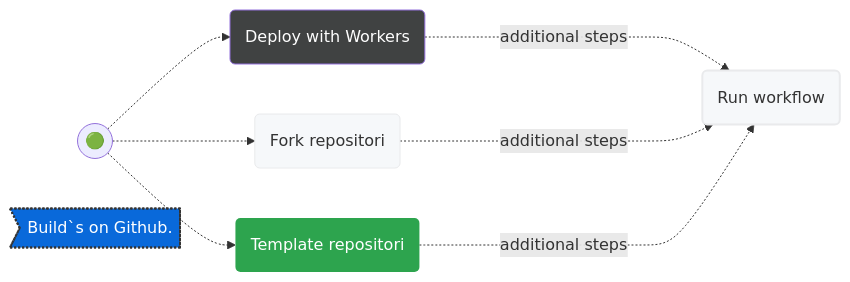
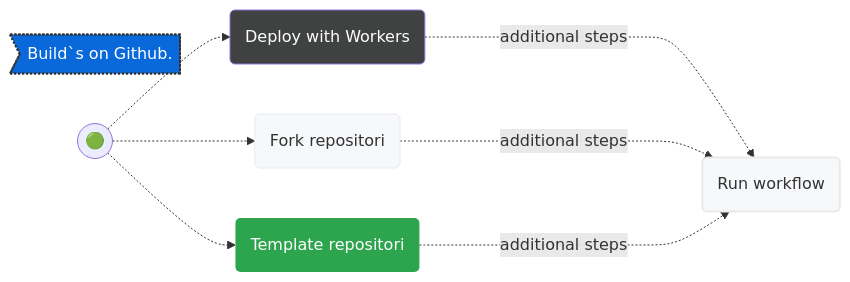
One commit to milankomaj/dev-badge changed the diagram in README.md. Above: the diagram before and after it, drawn with Mermaid. The commit also changed other lines of this file, not shown here.

````diff
--- a/README.md
+++ b/README.md
@@ -12,22 +12,22 @@
 ```mermaid
 flowchart LR
-
+id1>Build`s on Github.]
 B(("🟢")) .->C("Deploy with Workers")
 B(("🟢")) .->D("Fork repositori")
 B(("🟢")) .->E("Template repositori")
 C & D & E -...->|additional steps| F("Run workflow") 
 
-id1>Build`s on Github.]
+
 
 style F fill:#f6f8fa,stroke:#333,stroke-width:2px
 style C fill:#404242,color:#fefefe
 style D fill:#f6f8fa,stroke:#e9eaec
 style E fill:#2da44e,stroke-width:0px,color:#ffffff
 style F fill:#f6f8fa,stroke:#e9eaec
 style id1 fill:#0969da,stroke:#333,stroke-width:2px,color:#fff,stroke-dasharray: 2 2
 
 click D "https://github.com/milankomaj/dev-badge/fork"
 click E "https://github.com/milankomaj/dev-badge/generate"
 
 
 ```
````
